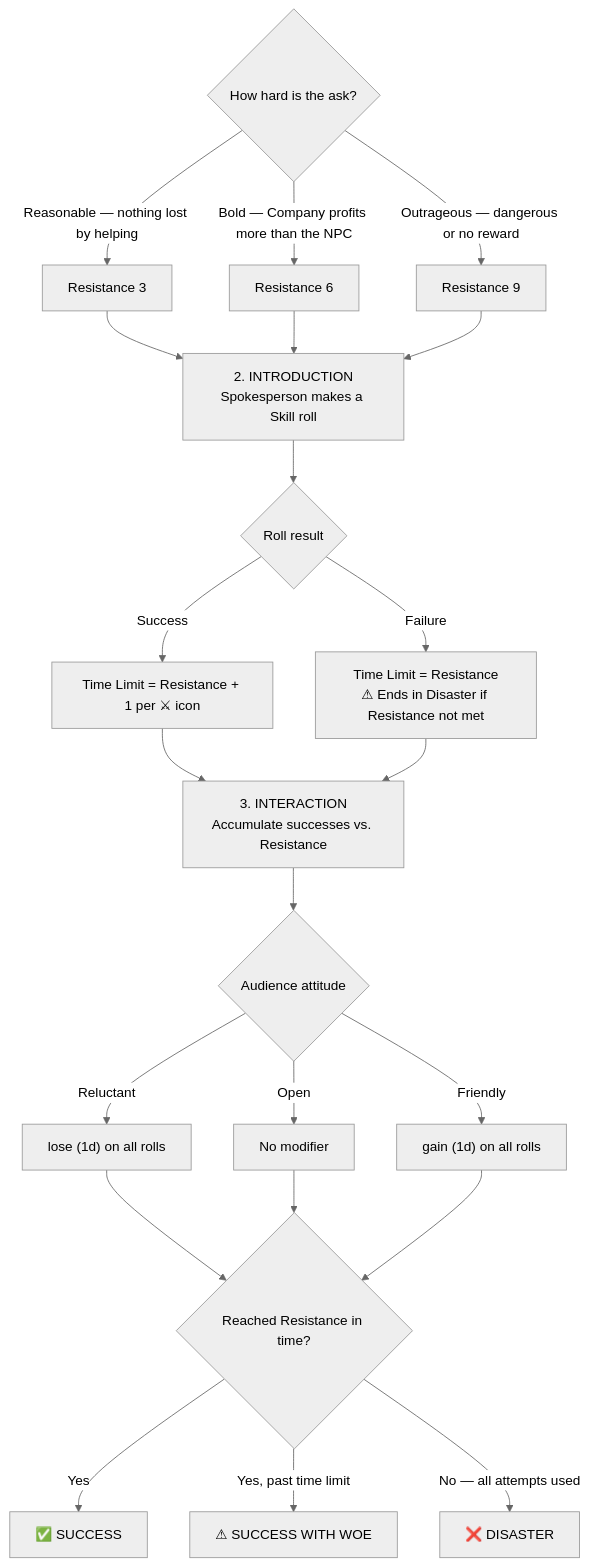
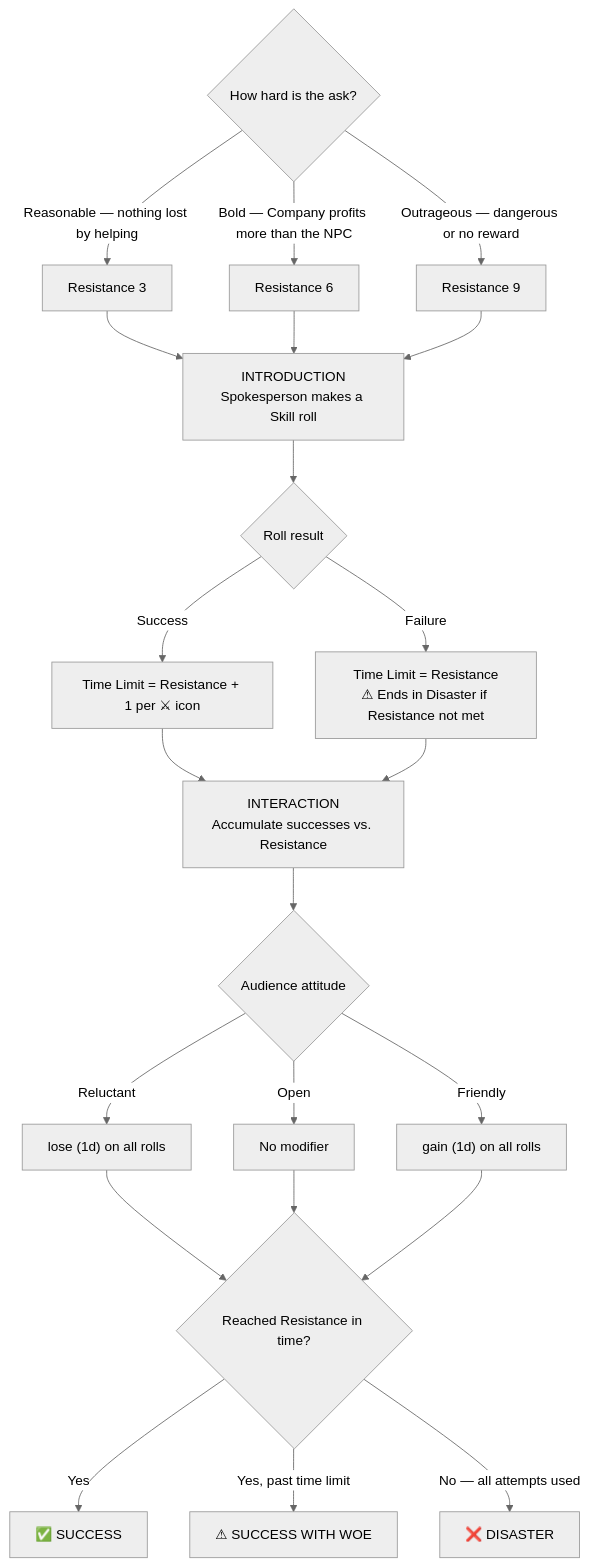
The diagram in _Assets/Reference/Council.md (JonFarber81/un-tor-obsidian), drawn with Mermaid (neutral theme) before and after one commit. The commit also changed 2 other files, not shown here.

Commit message:
fix mermaid diagrams: replace \n with <br/> and remove numbered list prefixes
Obsidian's Mermaid v10 renderer treats double-quoted node labels as markdown
contexts, causing \n to render literally and leading numbered prefixes (1., 2.)
to trigger unsupported ordered-list parsing errors.

````diff
--- a/_Assets/Reference/Council.md
+++ b/_Assets/Reference/Council.md
@@ -22,20 +22,20 @@
 ```mermaid
 flowchart TD
     B{How hard is the ask?}
     B -->|Reasonable — nothing lost by helping| C[Resistance 3]
     B -->|Bold — Company profits more than the NPC| D[Resistance 6]
     B -->|Outrageous — dangerous or no reward| E[Resistance 9]
-    C & D & E --> F[2. INTRODUCTION\nSpokesperson makes a Skill roll]
+    C & D & E --> F["INTRODUCTION<br/>Spokesperson makes a Skill roll"]
     F --> G{Roll result}
     G -->|Success| H["Time Limit = Resistance + 1 per ⚔ icon"]
-    G -->|Failure| I["Time Limit = Resistance\n⚠ Ends in Disaster if Resistance not met"]
-    H & I --> J[3. INTERACTION\nAccumulate successes vs. Resistance]
+    G -->|Failure| I["Time Limit = Resistance<br/>⚠ Ends in Disaster if Resistance not met"]
+    H & I --> J["INTERACTION<br/>Accumulate successes vs. Resistance"]
     J --> K{Audience attitude}
     K -->|Reluctant| L["lose (1d) on all rolls"]
     K -->|Open| M[No modifier]
     K -->|Friendly| N["gain (1d) on all rolls"]
     L & M & N --> O{Reached Resistance in time?}
     O -->|Yes| P["✅ SUCCESS"]
     O -->|Yes, past time limit| Q["⚠ SUCCESS WITH WOE"]
     O -->|No — all attempts used| R["❌ DISASTER"]
 ```
````
